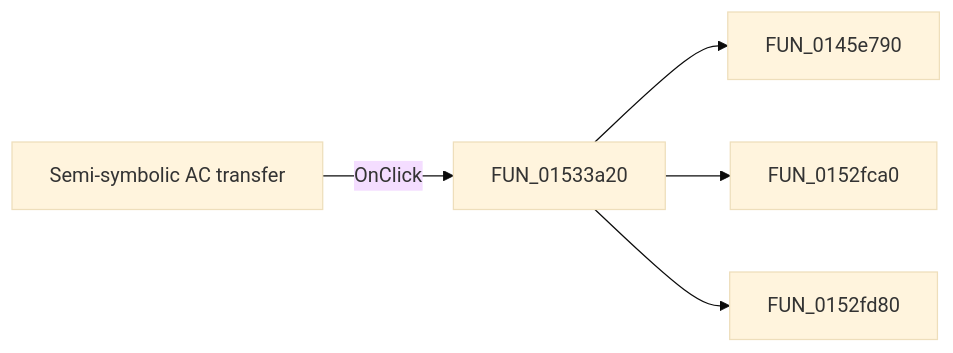
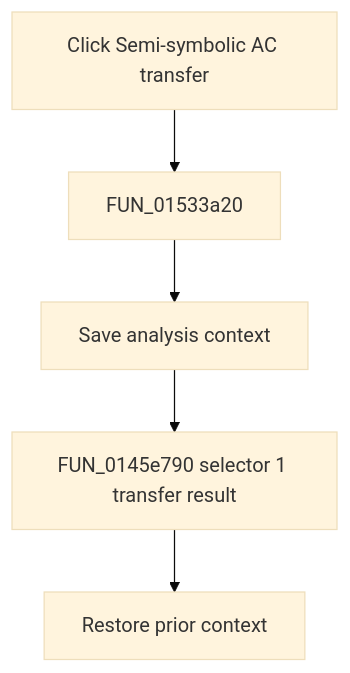
The diagram in docs/ui-controls/netlisteditor/misemisymbolicactransfer-805ef44fea.md (MovGP0/TIARA), drawn with Mermaid (base theme) before and after one commit. The commit also changed other lines of this file and 1062 other files, not shown here.

````diff
--- a/docs/ui-controls/netlisteditor/misemisymbolicactransfer-805ef44fea.md
+++ b/docs/ui-controls/netlisteditor/misemisymbolicactransfer-805ef44fea.md
@@ -27,7 +29,7 @@
 ```mermaid
-flowchart LR
-    control["Semi-symbolic AC transfer"] -->|OnClick| handler["FUN_01533a20"]
-    handler --> call1["FUN_0145e790"]
-    handler --> call2["FUN_0152fca0"]
-    handler --> call3["FUN_0152fd80"]
+flowchart TD
+    control["Click Semi-symbolic AC transfer"] --> handler["FUN_01533a20"]
+    handler --> prepare["Save analysis context"]
+    prepare --> action["FUN_0145e790 selector 1 transfer result"]
+    action --> restore["Restore prior context"]
 ```
````
